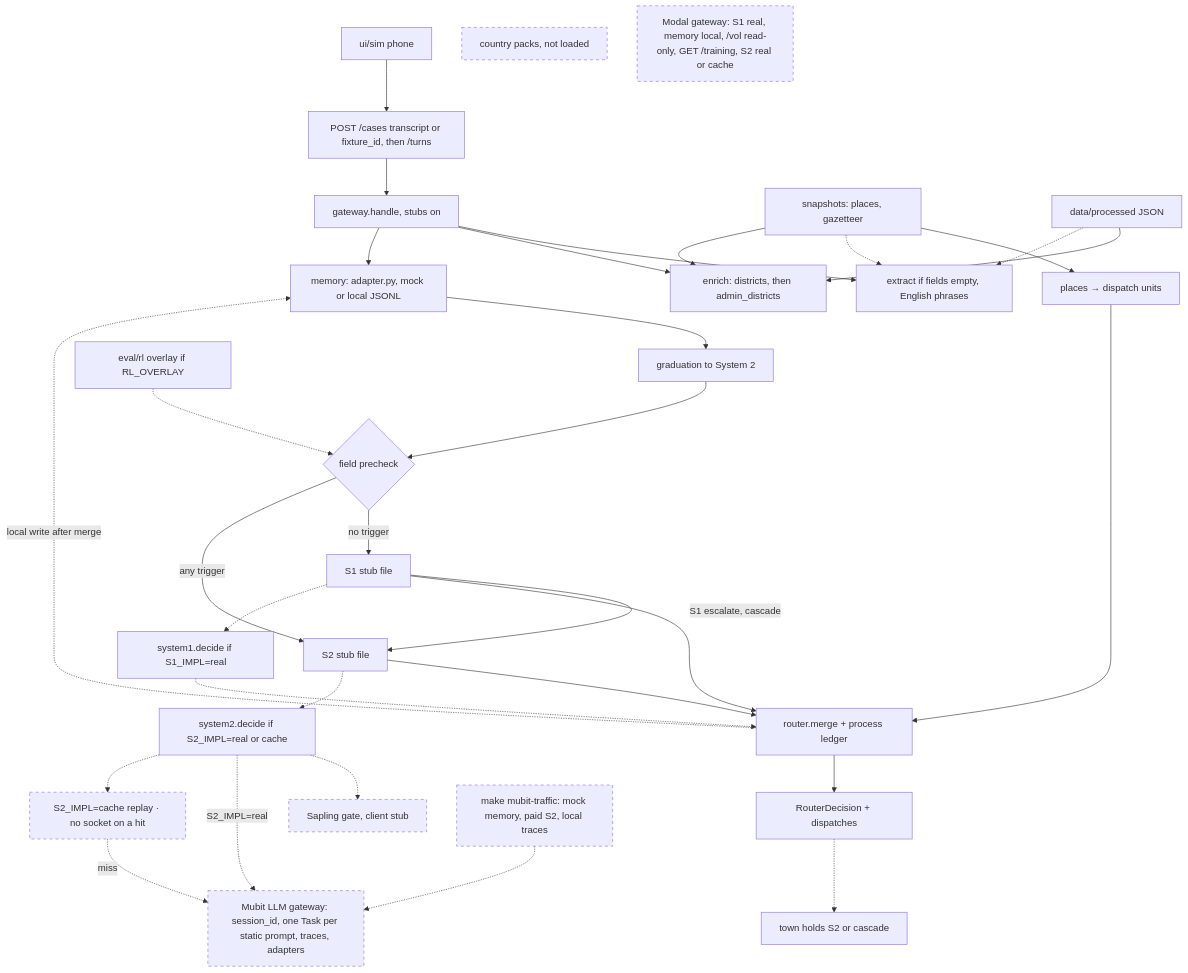
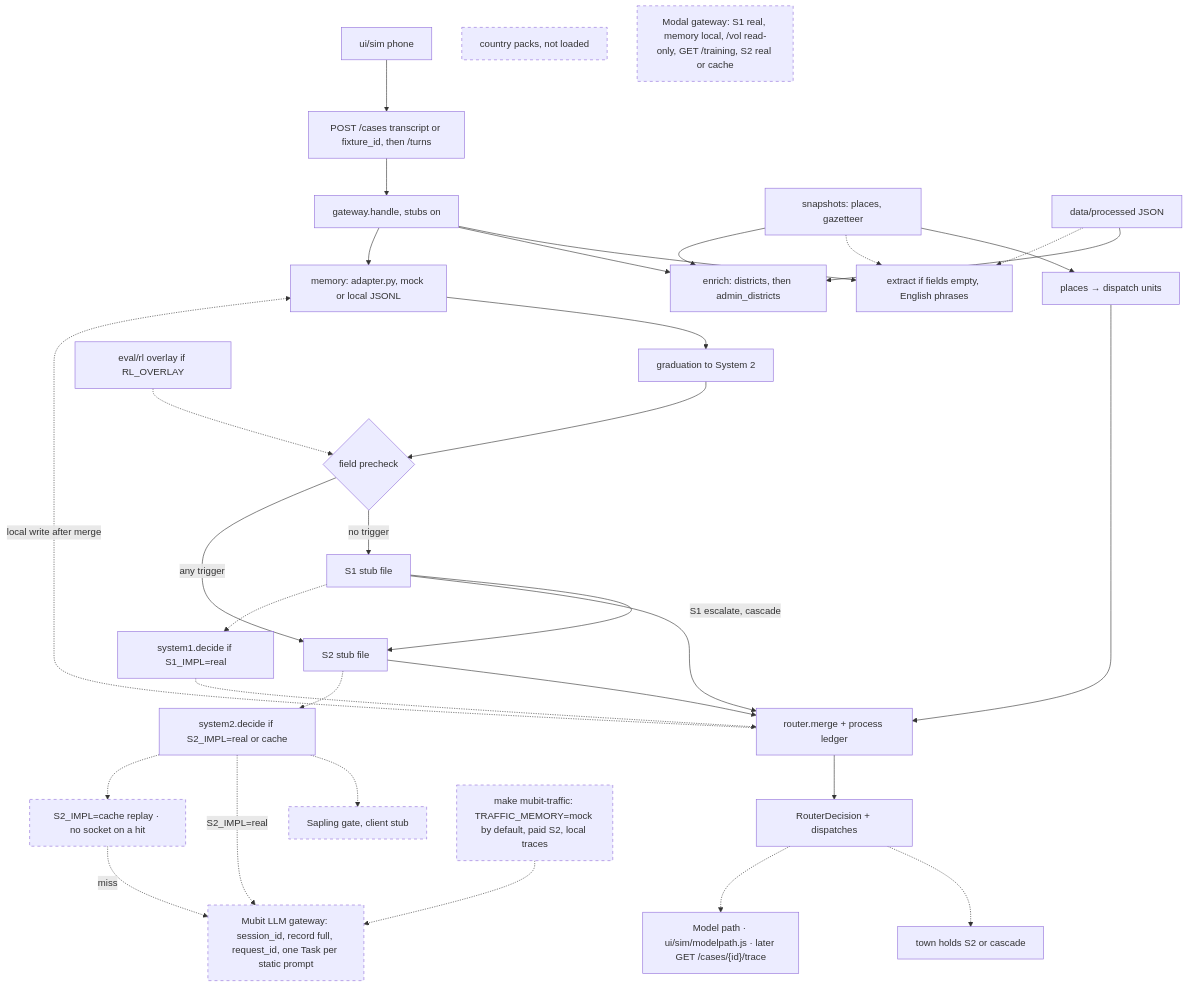
Before and after one commit to melaniepreen/Baan-Safe: the first of 3 diagrams in BaanSafe_Revised_Architecture.md, drawn with Mermaid. The commit also changed other lines of this file and 2 other files, not shown here.

Commit message:
docs: refresh architecture diagram (37e5ab1)

````diff
--- a/BaanSafe_Revised_Architecture.md
+++ b/BaanSafe_Revised_Architecture.md
@@ -20,37 +20,38 @@
 ```mermaid
 flowchart TD
   classDef unwired stroke-dasharray: 5 5
   phone["ui/sim phone"] --> turns["POST /cases transcript or fixture_id, then /turns"]
   turns --> gw["gateway.handle, stubs on"]
   gw --> extract["extract if fields empty, English phrases"]
   gw --> enrich["enrich: districts, then admin_districts"]
   gw --> mem["memory: adapter.py, mock or local JSONL"]
   mem --> grad["graduation to System 2"]
   grad --> pick{"field precheck"}
   pick -->|no trigger| s1["S1 stub file"]
   pick -->|any trigger| s2["S2 stub file"]
   s1 -->|"S1 escalate, cascade"| s2
   ov["eval/rl overlay if RL_OVERLAY"] -.-> pick
   s1 --> merge["router.merge + process ledger"]
   s2 --> merge
   merge -.->|"local write after merge"| mem
   snap["snapshots: places, gazetteer"] --> places["places → dispatch units"]
   places --> merge
   proc["data/processed JSON"] --> enrich
   proc -.-> extract
   snap -.-> extract
   snap --> enrich
   merge --> out["RouterDecision + dispatches"]
   out -.-> hold["town holds S2 or cascade"]
+  out -.-> path["Model path · ui/sim/modelpath.js · later GET /cases/{id}/trace"]
   s1 -.-> rules["system1.decide if S1_IMPL=real"]
   rules -.-> merge
   s2 -.-> s2d["system2.decide if S2_IMPL=real or cache"]
   s2d -.-> sap["Sapling gate, client stub"]:::unwired
-  s2d -.->|"S2_IMPL=real"| llm["Mubit LLM gateway: session_id, one Task per static prompt, traces, adapters"]:::unwired
+  s2d -.->|"S2_IMPL=real"| llm["Mubit LLM gateway: session_id, record full, request_id, one Task per static prompt"]:::unwired
   s2d -.-> scache["S2_IMPL=cache replay · no socket on a hit"]:::unwired
   scache -.->|"miss"| llm
-  traffic["make mubit-traffic: mock memory, paid S2, local traces"]:::unwired
+  traffic["make mubit-traffic: TRAFFIC_MEMORY=mock by default, paid S2, local traces"]:::unwired
   traffic -.-> llm
   packs["country packs, not loaded"]:::unwired
   modal["Modal gateway: S1 real, memory local, /vol read-only, GET /training, S2 real or cache"]:::unwired
 ```
````
